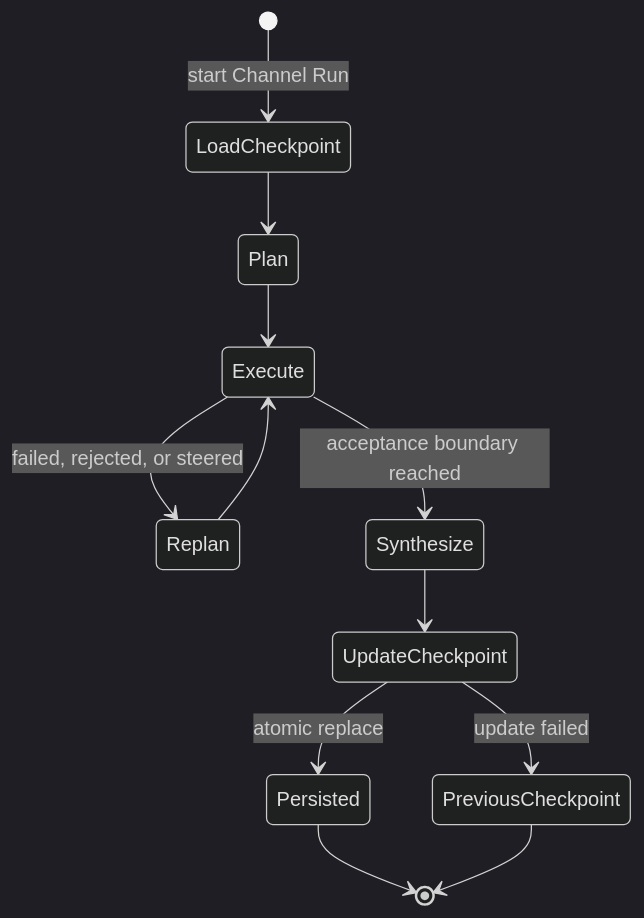
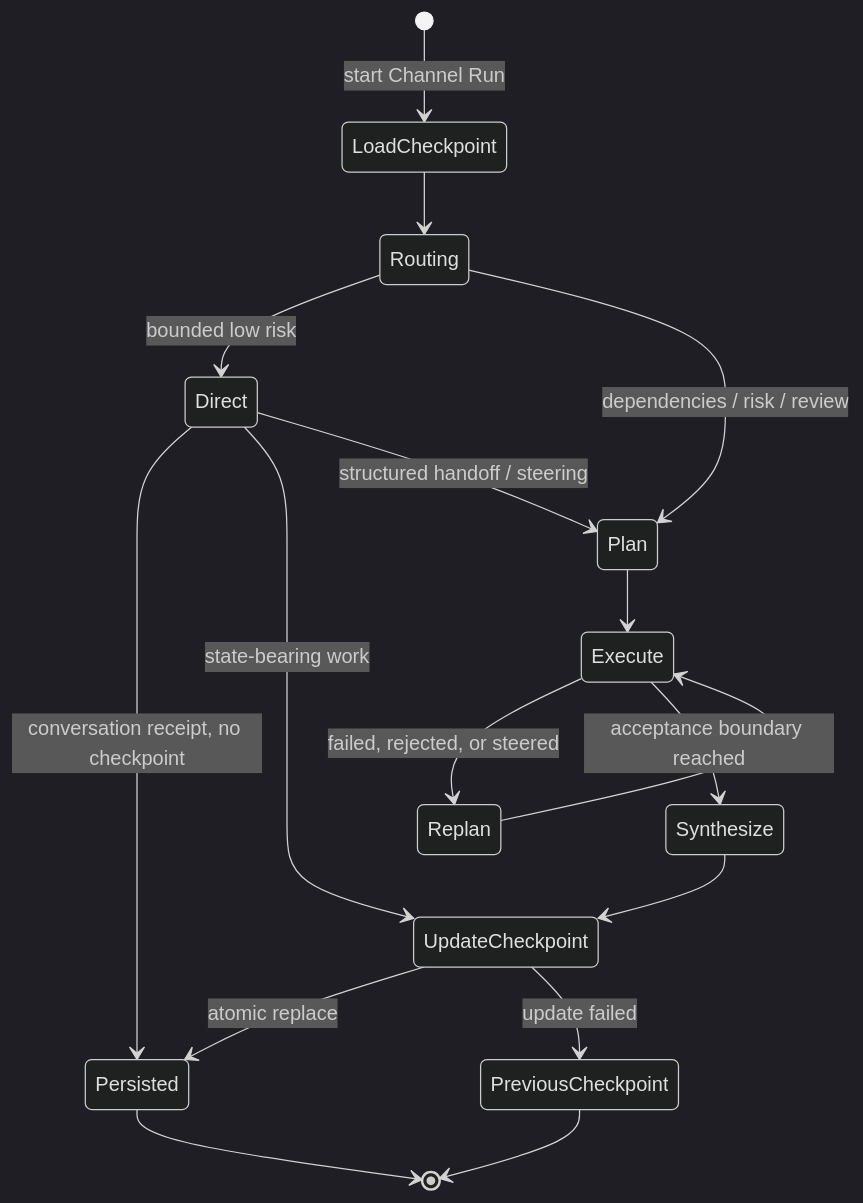
Before and after one commit to zhml530/Roundtable: the third of 4 diagrams in cordinator_runtime.md, drawn with Mermaid (dark theme). The commit also changed other lines of this file and 17 other files, not shown here.

````diff
--- a/cordinator_runtime.md
+++ b/cordinator_runtime.md
@@ -224,14 +238,19 @@
 ```mermaid
 stateDiagram-v2
     [*] --> LoadCheckpoint: start Channel Run
-    LoadCheckpoint --> Plan
+    LoadCheckpoint --> Routing
+    Routing --> Direct: bounded low risk
+    Routing --> Plan: dependencies / risk / review
+    Direct --> Persisted: conversation receipt, no checkpoint
+    Direct --> UpdateCheckpoint: state-bearing work
+    Direct --> Plan: structured handoff / steering
     Plan --> Execute
     Execute --> Replan: failed, rejected, or steered
     Replan --> Execute
     Execute --> Synthesize: acceptance boundary reached
     Synthesize --> UpdateCheckpoint
     UpdateCheckpoint --> Persisted: atomic replace
     UpdateCheckpoint --> PreviousCheckpoint: update failed
     Persisted --> [*]
     PreviousCheckpoint --> [*]
 ```
````
